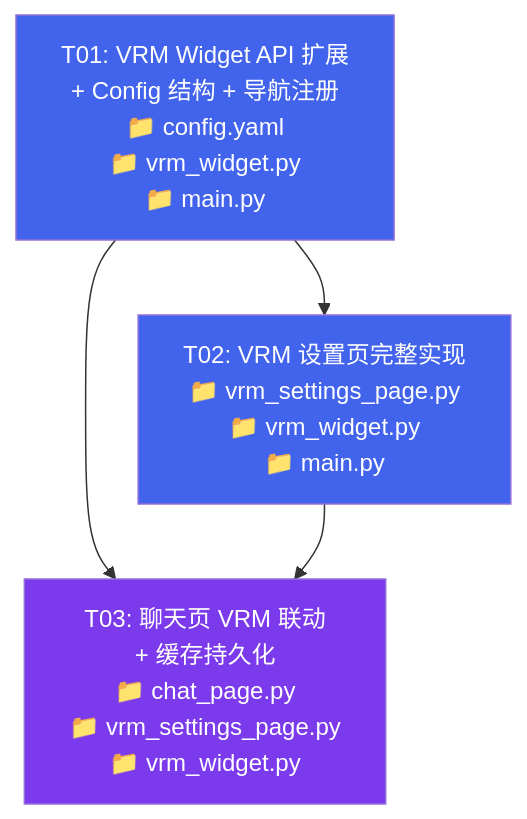
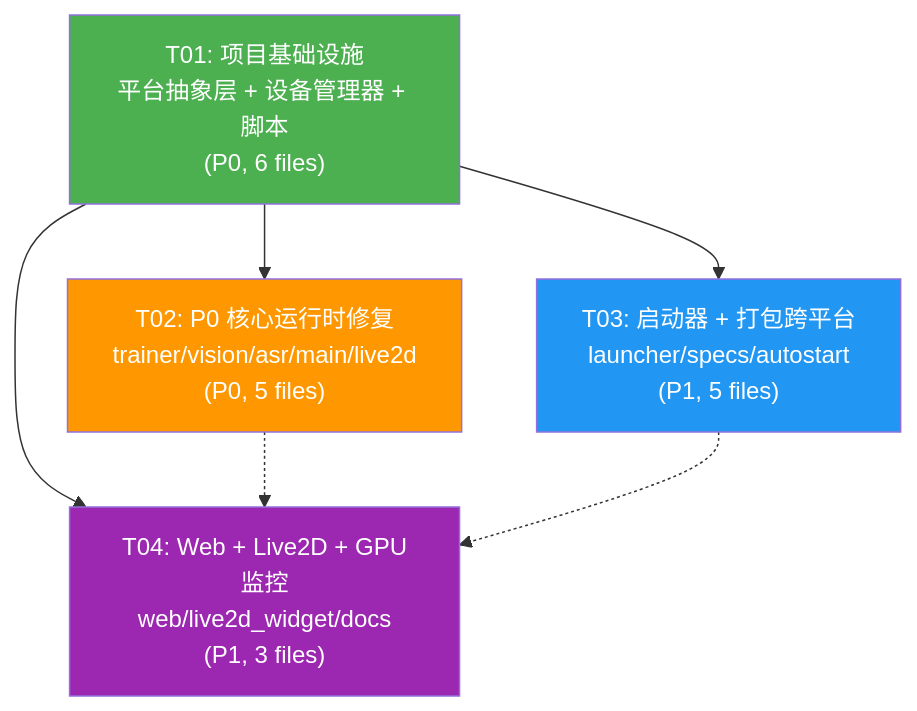
The fifth of 5 diagrams in docs/system_design.md (xzt238/ai-vtuber-fixed), drawn with Mermaid before and after one commit. The commit also changed other lines of this file and 15 other files, not shown here.

````diff
--- a/docs/system_design.md
+++ b/docs/system_design.md
@@ -533,14 +546,18 @@
 ```mermaid
-graph TD
-    T01["T01: VRM Widget API 扩展<br/>+ Config 结构 + 导航注册<br/>📁 config.yaml<br/>📁 vrm_widget.py<br/>📁 main.py"]
-    T02["T02: VRM 设置页完整实现<br/>📁 vrm_settings_page.py<br/>📁 vrm_widget.py<br/>📁 main.py"]
-    T03["T03: 聊天页 VRM 联动<br/>+ 缓存持久化<br/>📁 chat_page.py<br/>📁 vrm_settings_page.py<br/>📁 vrm_widget.py"]
-    
+graph TB
+    T01["T01: 项目基础设施<br/>平台抽象层 + 设备管理器 + 脚本<br/>(P0, 6 files)"]
+    T02["T02: P0 核心运行时修复<br/>trainer/vision/asr/main/live2d<br/>(P0, 5 files)"]
+    T03["T03: 启动器 + 打包跨平台<br/>launcher/specs/autostart<br/>(P1, 5 files)"]
+    T04["T04: Web + Live2D + GPU监控<br/>web/live2d_widget/docs<br/>(P1, 3 files)"]
+
     T01 --> T02
     T01 --> T03
-    T02 --> T03
-    
-    style T01 fill:#4263eb,color:#fff
-    style T02 fill:#4263eb,color:#fff
-    style T03 fill:#7c3aed,color:#fff
+    T01 --> T04
+    T02 -.-> T04
+    T03 -.-> T04
+
+    style T01 fill:#4caf50,color:#fff
+    style T02 fill:#ff9800,color:#fff
+    style T03 fill:#2196f3,color:#fff
+    style T04 fill:#9c27b0,color:#fff
 ```
````
